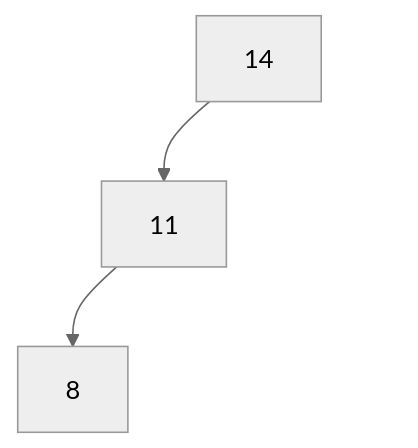
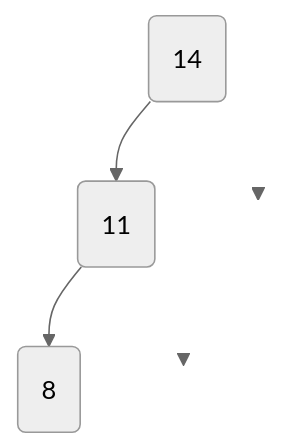
One commit to nsimeyroneinc/NSITerm2024 changed the eighth of 15 diagrams in docs/Annales/Corriges/23-NSIZERO-A.md. Above: the diagram before and after it, drawn with Mermaid (neutral theme). The commit also changed other lines of this file and 1309 other files, not shown here.

````diff
--- a/docs/Annales/Corriges/23-NSIZERO-A.md
+++ b/docs/Annales/Corriges/23-NSIZERO-A.md
@@ -229,11 +247,12 @@
     ```mermaid
         graph TD
-        S14["14"] --> S11["11"]
-        S14 --> V1[" "]
-        S11 --> S8["8"]
-        S11 --> V2[" "]
-        style V1 opacity:0;
-        style V2 opacity:0;
-        linkStyle 1 stroke:#FFFFFF,stroke-width:0px
-        linkStyle 3 stroke:#FFFFFF,stroke-width:0px
+        N("14")
+        N --> Ng("11")
+        N --> Nd(" ")
+        Ng --> Ngg("8")
+        Ng --> Ngd(" ")
+        style Nd fill:none, stroke-width:0px
+        linkStyle 1 stroke-width:0px
+        style Ngd fill:none, stroke-width:0px
+        linkStyle 3 stroke-width:0px
     ```
````
